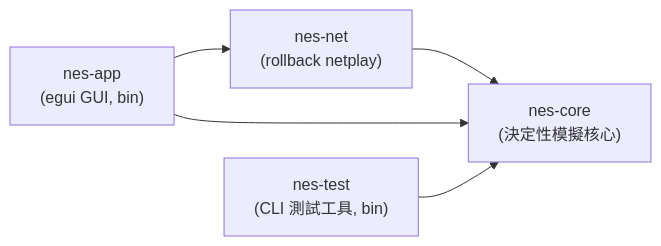
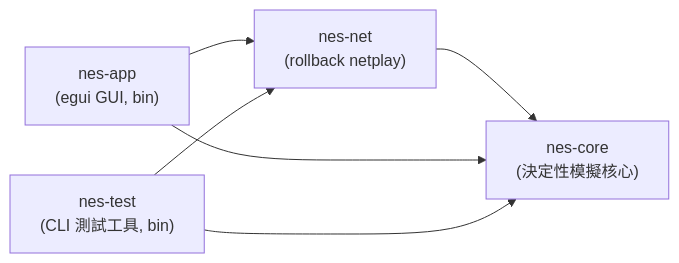
One commit to cnfzon/nes_emulato changed the first of 4 diagrams in docs/architecture.md. Above: the diagram before and after it, drawn with Mermaid. The commit also changed other lines of this file and 24 other files, not shown here.

````diff
--- a/docs/architecture.md
+++ b/docs/architecture.md
@@ -18,12 +18,13 @@
 ```mermaid
 graph LR
     nes_core["nes-core<br/>(決定性模擬核心)"]
     nes_net["nes-net<br/>(rollback netplay)"]
     nes_app["nes-app<br/>(egui GUI, bin)"]
     nes_test["nes-test<br/>(CLI 測試工具, bin)"]
 
     nes_net --> nes_core
     nes_app --> nes_core
     nes_app --> nes_net
     nes_test --> nes_core
+    nes_test --> nes_net
 ```
````
